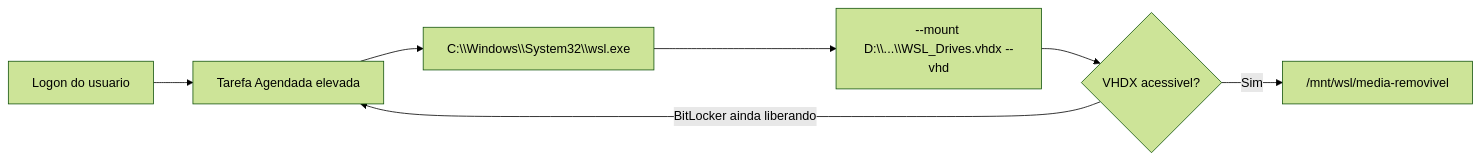
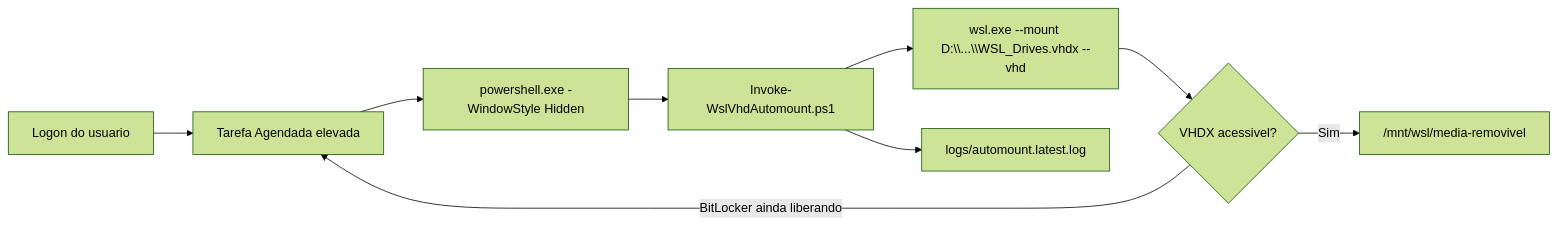
One commit to LuizFernandoDeveloper/wsl-vhd-automount changed the diagram in README.md. Above: the diagram before and after it, drawn with Mermaid (forest theme). The commit also changed other lines of this file and 10 other files, not shown here.

````diff
--- a/README.md
+++ b/README.md
@@ -228,9 +247,11 @@
 ```mermaid
 flowchart LR
     A["Logon do usuario"] --> B["Tarefa Agendada elevada"]
-    B --> C["C:\\Windows\\System32\\wsl.exe"]
-    C --> D["--mount D:\\...\\WSL_Drives.vhdx --vhd"]
-    D --> E{"VHDX acessivel?"}
-    E -->|"BitLocker ainda liberando"| B
-    E -->|"Sim"| F["/mnt/wsl/media-removivel"]
+    B --> C["powershell.exe -WindowStyle Hidden"]
+    C --> D["Invoke-WslVhdAutomount.ps1"]
+    D --> E["wsl.exe --mount D:\\...\\WSL_Drives.vhdx --vhd"]
+    E --> F{"VHDX acessivel?"}
+    F -->|"BitLocker ainda liberando"| B
+    F -->|"Sim"| G["/mnt/wsl/media-removivel"]
+    D --> H["logs/automount.latest.log"]
 ```
````
